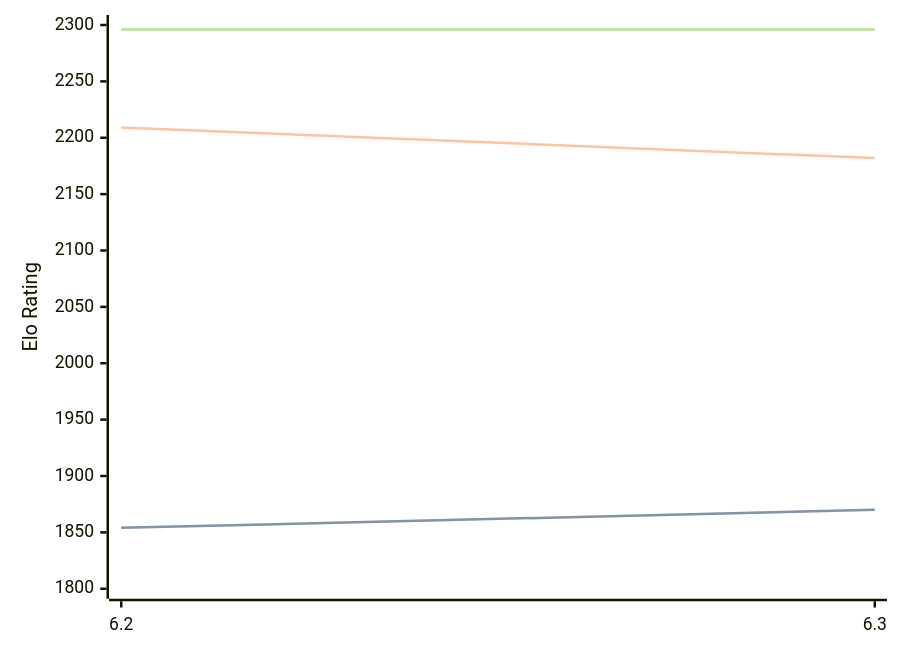
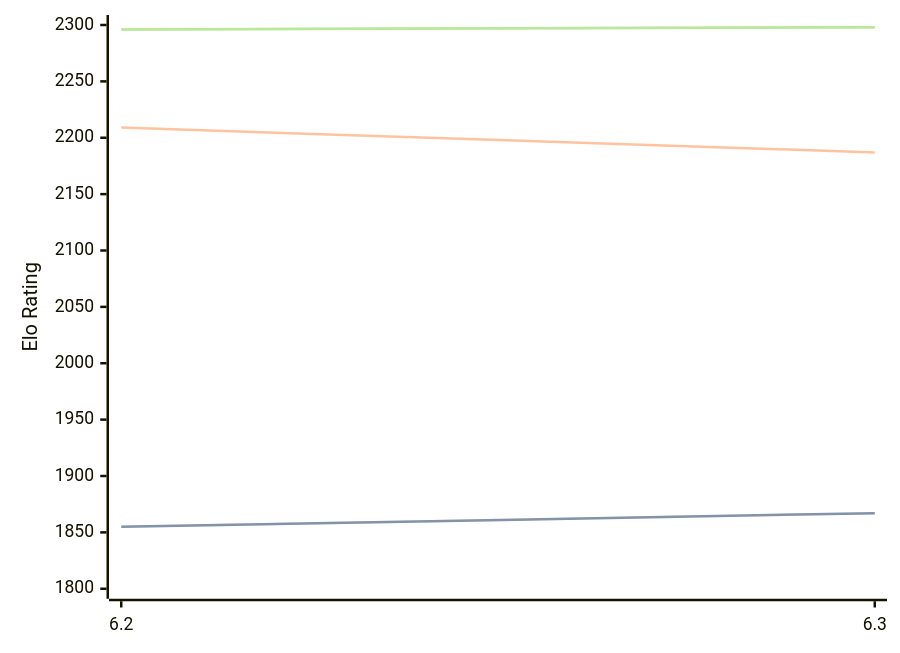
The diagram in engines/chess4j.md (computer-chess-index/cci), drawn with Mermaid before and after one commit. The commit also changed other lines of this file, not shown here.

Commit message:
Update CCI Ratings (ELO VLTC) - 2026-09-01

````diff
--- a/engines/chess4j.md
+++ b/engines/chess4j.md
@@ -32,11 +32,11 @@
 ```mermaid
 %%{init: {"theme":"base","themeVariables":{"seriesColors:['#a3a3a3','#222221','#faa371']}}}%%
 xychart-beta
   x-axis ["6.2", "6.3"]
   y-axis "Elo Rating" 1800 --> 2300
-  line "" [1854, 1870]
-  line "STC (8.0+0.08s)" [1854, 1870]
-  line "LTC (60.0+0.60s)" [2209, 2182]
-  line "" [2296, 2296]
-  line "VLTC (2m24s+1.12s)" [2296, 2296]
+  line "" [1855, 1867]
+  line "STC (8.0+0.08s)" [1855, 1867]
+  line "LTC (60.0+0.60s)" [2209, 2187]
+  line "" [2296, 2298]
+  line "VLTC (2m24s+1.12s)" [2296, 2298]
 ```
````
